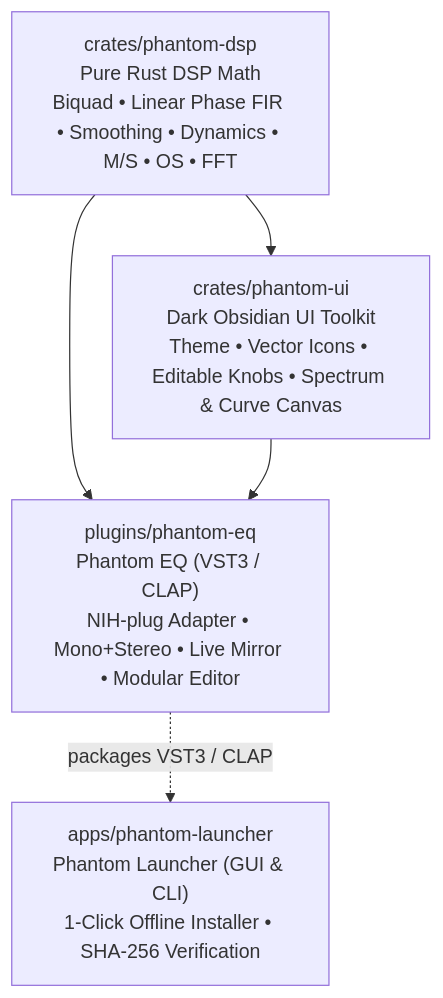
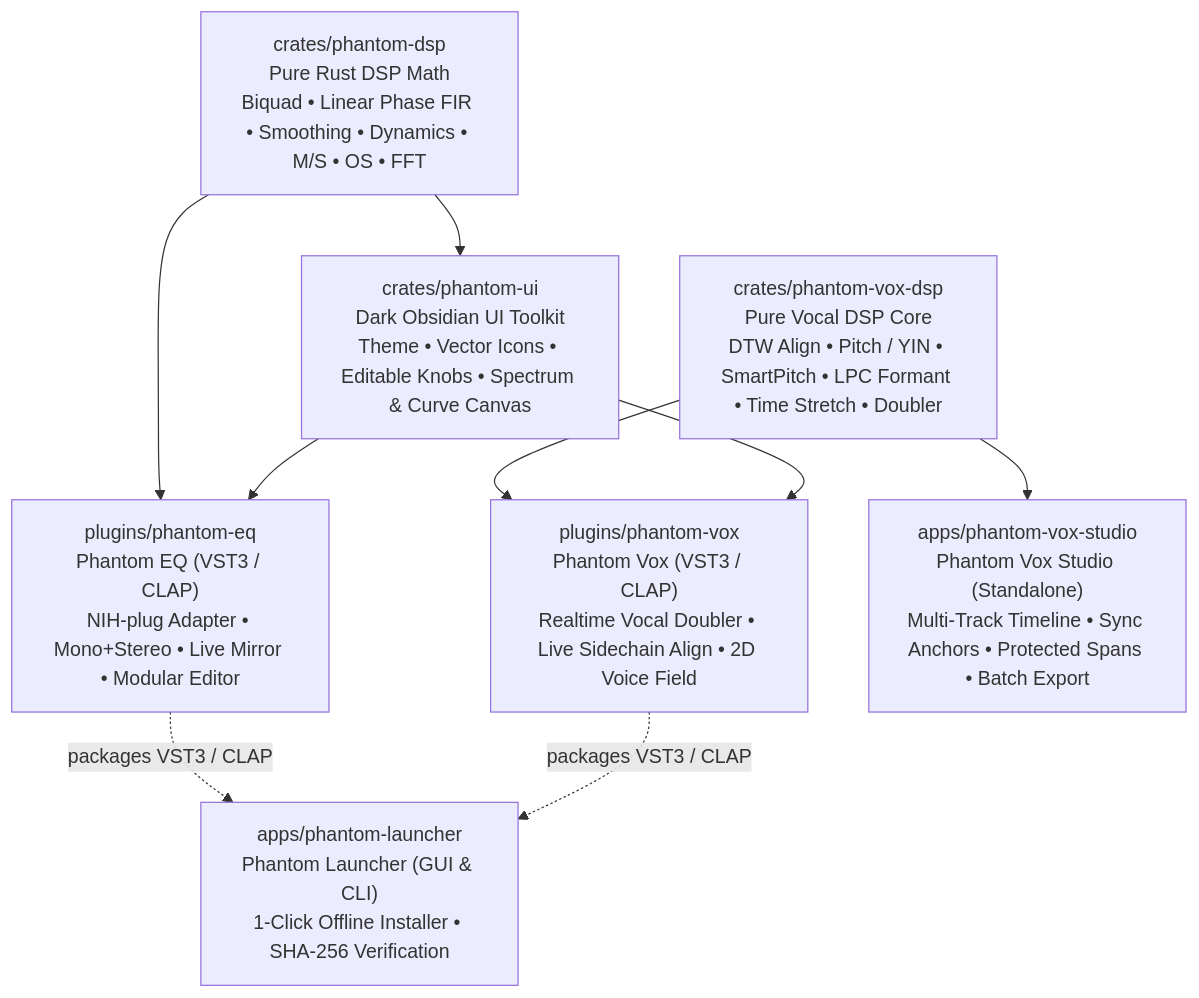
Before and after one commit to intity01/phantom-dsp-suite: the diagram in README.md, drawn with Mermaid. The commit also changed other lines of this file, not shown here.

Commit message:
docs: update README with Phantom Vox plugin and Phantom Vox Studio architecture

````diff
--- a/README.md
+++ b/README.md
@@ -35,12 +35,19 @@
 ```mermaid
 flowchart TD
     DSP["crates/phantom-dsp<br/>Pure Rust DSP Math<br/>Biquad • Linear Phase FIR • Smoothing • Dynamics • M/S • OS • FFT"]
+    VOXDSP["crates/phantom-vox-dsp<br/>Pure Vocal DSP Core<br/>DTW Align • Pitch / YIN • SmartPitch • LPC Formant • Time Stretch • Doubler"]
     UI["crates/phantom-ui<br/>Dark Obsidian UI Toolkit<br/>Theme • Vector Icons • Editable Knobs • Spectrum & Curve Canvas"]
     EQ["plugins/phantom-eq<br/>Phantom EQ (VST3 / CLAP)<br/>NIH-plug Adapter • Mono+Stereo • Live Mirror • Modular Editor"]
+    VOX["plugins/phantom-vox<br/>Phantom Vox (VST3 / CLAP)<br/>Realtime Vocal Doubler • Live Sidechain Align • 2D Voice Field"]
+    STUDIO["apps/phantom-vox-studio<br/>Phantom Vox Studio (Standalone)<br/>Multi-Track Timeline • Sync Anchors • Protected Spans • Batch Export"]
     LAUNCHER["apps/phantom-launcher<br/>Phantom Launcher (GUI & CLI)<br/>1-Click Offline Installer • SHA-256 Verification"]
 
     DSP --> UI
     DSP --> EQ
     UI --> EQ
+    VOXDSP --> VOX
+    VOXDSP --> STUDIO
+    UI --> VOX
     EQ -. "packages VST3 / CLAP" .-> LAUNCHER
+    VOX -. "packages VST3 / CLAP" .-> LAUNCHER
 ```
````
